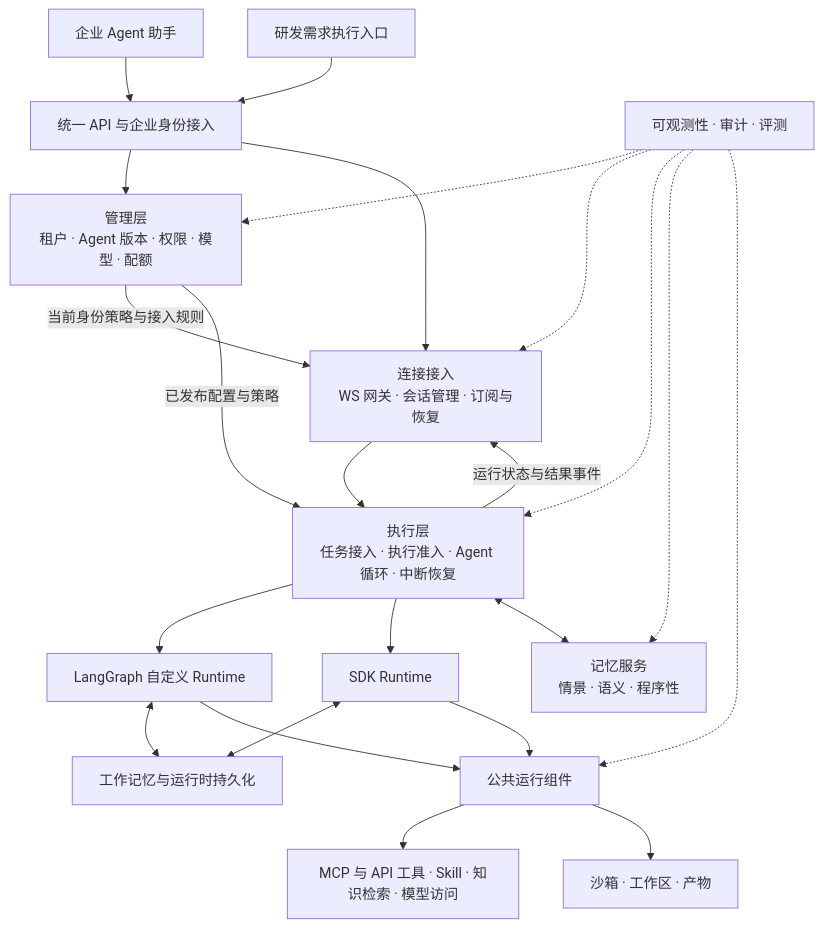
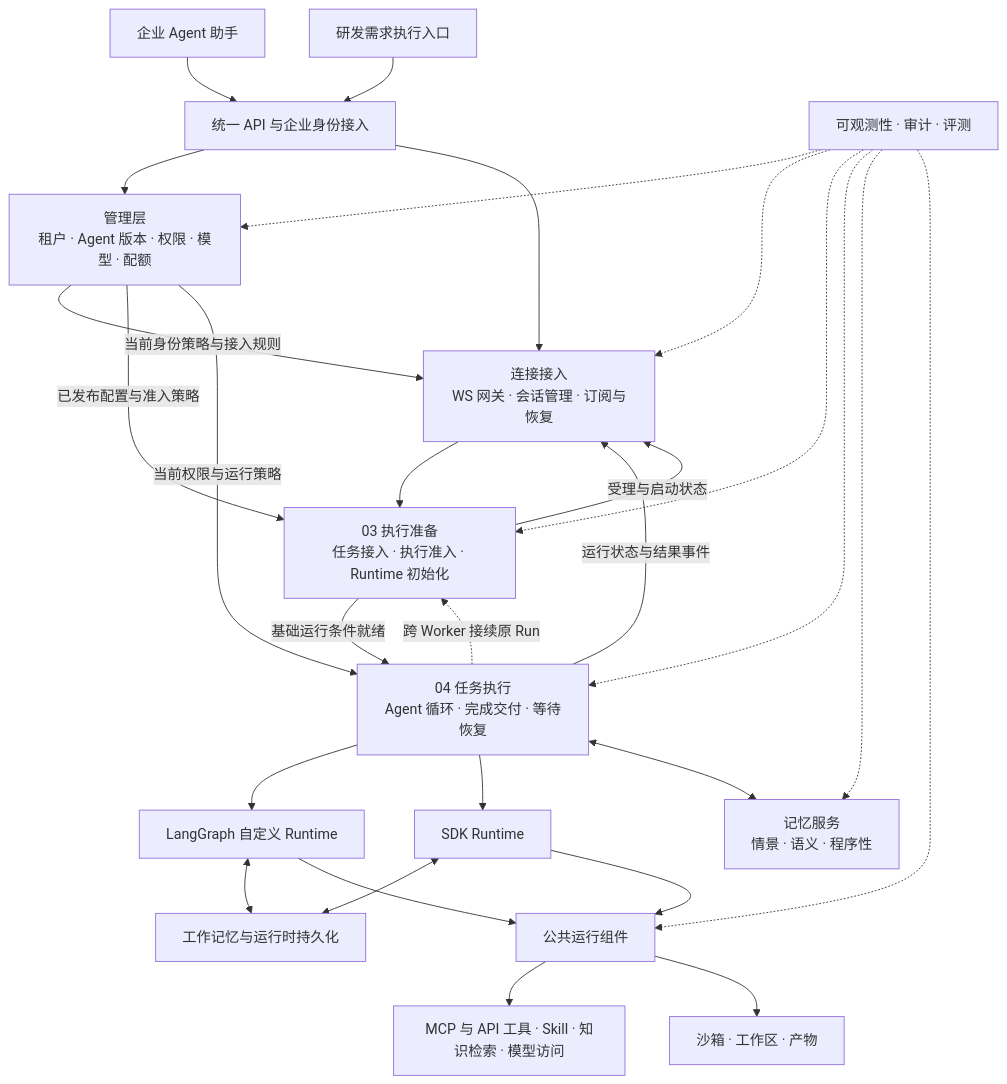
One commit to youngPvt/note-book changed the diagram in work/base/00-overview/README.md. Above: the diagram before and after it, drawn with Mermaid. The commit also changed other lines of this file and 132 other files, not shown here.

````diff
--- a/work/base/00-overview/README.md
+++ b/work/base/00-overview/README.md
@@ -38,25 +39,30 @@
 ```mermaid
 flowchart TB
     A[企业 Agent 助手] --> API[统一 API 与企业身份接入]
     B[研发需求执行入口] --> API
     API --> C[管理层<br/>租户 · Agent 版本 · 权限 · 模型 · 配额]
     API --> G[连接接入<br/>WS 网关 · 会话管理 · 订阅与恢复]
-    G --> E[执行层<br/>任务接入 · 执行准入 · Agent 循环 · 中断恢复]
+    G --> D[03 执行准备<br/>任务接入 · 执行准入 · Runtime 初始化]
+    D -->|基础运行条件就绪| E[04 任务执行<br/>Agent 循环 · 完成交付 · 等待恢复]
+    E -.->|跨 Worker 接续原 Run| D
     C -->|当前身份策略与接入规则| G
-    C -->|已发布配置与策略| E
+    C -->|已发布配置与准入策略| D
+    C -->|当前权限与运行策略| E
+    D -->|受理与启动状态| G
     E -->|运行状态与结果事件| G
     E --> L[LangGraph 自定义 Runtime]
     E --> S[SDK Runtime]
     E <--> M[记忆服务<br/>情景 · 语义 · 程序性]
     L <--> W[工作记忆与运行时持久化]
     S <--> W
     L --> P[公共运行组件]
     S --> P
     P --> T[MCP 与 API 工具 · Skill · 知识检索 · 模型访问]
     P --> F[沙箱 · 工作区 · 产物]
     O[可观测性 · 审计 · 评测] -.-> C
     O -.-> G
+    O -.-> D
     O -.-> E
     O -.-> M
     O -.-> P
 ```
````
